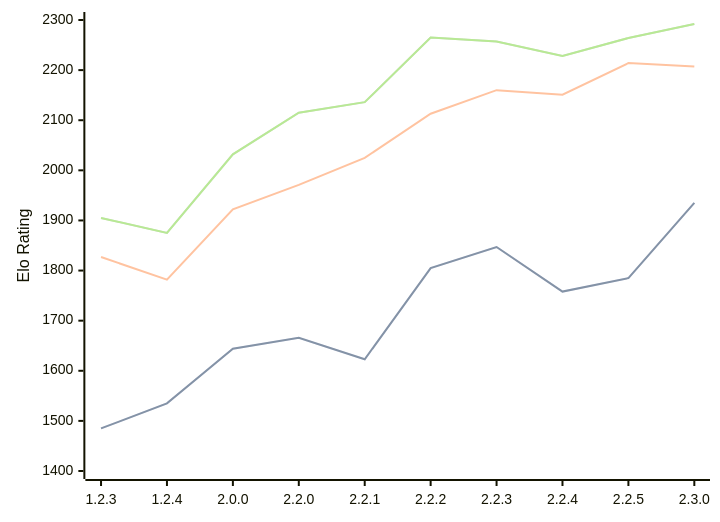
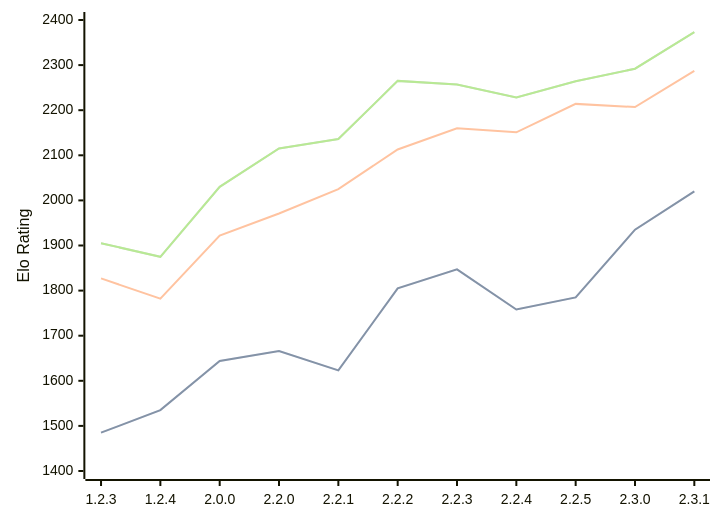
Before and after one commit to computer-chess-index/cci: the diagram in engines/Kreveta.md, drawn with Mermaid. The commit also changed other lines of this file, not shown here.

Commit message:
Update CCI Ratings (ELO VLTC) - 2026-05-14

````diff
--- a/engines/Kreveta.md
+++ b/engines/Kreveta.md
@@ -43,11 +43,11 @@
 ```mermaid
 %%{init: {"theme":"base","themeVariables":{"seriesColors:['#a3a3a3','#222221','#faa371']}}}%%
 xychart-beta
-  x-axis ["1.2.3", "1.2.4", "2.0.0", "2.2.0", "2.2.1", "2.2.2", "2.2.3", "2.2.4", "2.2.5", "2.3.0"]
-  y-axis "Elo Rating" 1400 --> 2300
-  line "STC (8.0+0.08s)" [1485, 1535, 1644, 1666, 1623, 1805, 1847, 1758, 1785, 1935]
-  line "STC (8.0+0.08s)" [1485, 1535, 1644, 1666, 1623, 1805, 1847, 1758, 1785, 1935]
-  line "LTC (60.0+0.60s)" [1827, 1782, 1922, 1971, 2025, 2113, 2160, 2151, 2214, 2207]
-  line "VLTC (2m24s+1.12s)" [1905, 1875, 2032, 2115, 2136, 2265, 2257, 2228, 2264, 2292]
-  line "VLTC (2m24s+1.12s)" [1905, 1875, 2032, 2115, 2136, 2265, 2257, 2228, 2264, 2292]
+  x-axis ["1.2.3", "1.2.4", "2.0.0", "2.2.0", "2.2.1", "2.2.2", "2.2.3", "2.2.4", "2.2.5", "2.3.0", "2.3.1"]
+  y-axis "Elo Rating" 1400 --> 2400
+  line "STC (8.0+0.08s)" [1485, 1535, 1644, 1666, 1623, 1805, 1847, 1758, 1785, 1935, 2020]
+  line "STC (8.0+0.08s)" [1485, 1535, 1644, 1666, 1623, 1805, 1847, 1758, 1785, 1935, 2020]
+  line "LTC (60.0+0.60s)" [1827, 1782, 1922, 1971, 2025, 2113, 2160, 2151, 2214, 2207, 2287]
+  line "VLTC (2m24s+1.12s)" [1905, 1875, 2030, 2115, 2136, 2265, 2257, 2228, 2264, 2292, 2373]
+  line "VLTC (2m24s+1.12s)" [1905, 1875, 2030, 2115, 2136, 2265, 2257, 2228, 2264, 2292, 2373]
 ```
````
